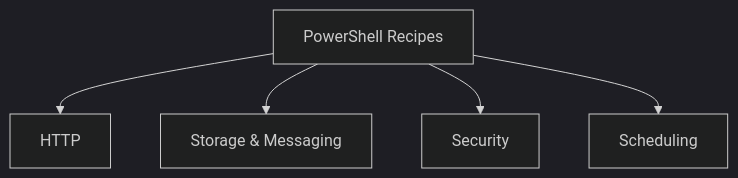
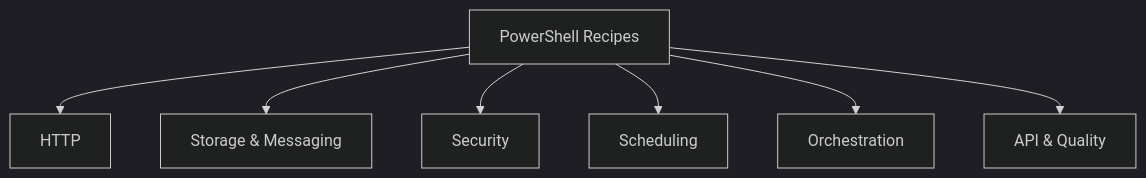
The diagram in docs/language-guides/powershell/recipes/index.md (yeongseon/azure-functions-practical-guide), drawn with Mermaid (dark theme) before and after one commit. The commit also changed other lines of this file and 12 other files, not shown here.

````diff
--- a/docs/language-guides/powershell/recipes/index.md
+++ b/docs/language-guides/powershell/recipes/index.md
@@ -20,7 +20,9 @@
 ```mermaid
 graph TD
     A[PowerShell Recipes] --> B[HTTP]
     A --> C[Storage & Messaging]
     A --> D[Security]
     A --> E[Scheduling]
+    A --> F[Orchestration]
+    A --> G[API & Quality]
 ```
````
